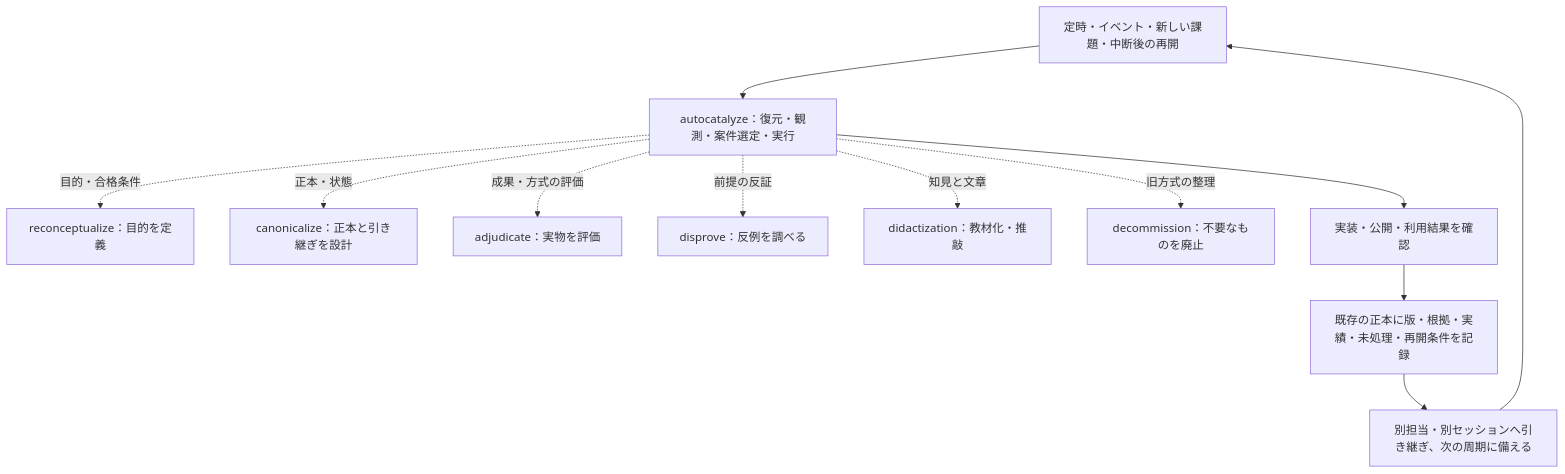
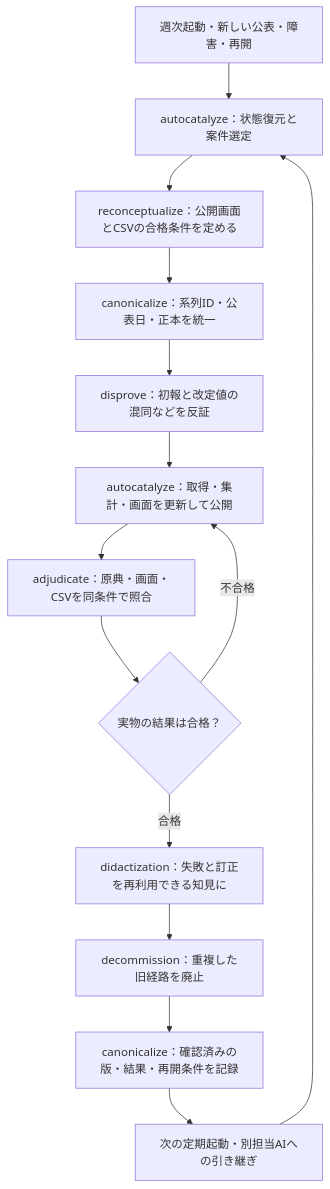
The diagram in README.md (KAFKA2306/kafstyler), drawn with Mermaid before and after one commit. The commit also changed other lines of this file and 2 other files, not shown here.

````diff
--- a/README.md
+++ b/README.md
@@ -105,14 +108,16 @@
 ```mermaid
 flowchart TD
-    event["定時・イベント・新しい課題・中断後の再開"] --> run["autocatalyze：復元・観測・案件選定・実行"]
-    run -.->|目的・合格条件| goal["reconceptualize：目的を定義"]
-    run -.->|正本・状態| canon["canonicalize：正本と引き継ぎを設計"]
-    run -.->|成果・方式の評価| judge["adjudicate：実物を評価"]
-    run -.->|前提の反証| proof["disprove：反例を調べる"]
-    run -.->|知見と文章| edit["didactization：教材化・推敲"]
-    run -.->|旧方式の整理| retire["decommission：不要なものを廃止"]
-    run --> actual["実装・公開・利用結果を確認"]
-    actual --> state["既存の正本に版・根拠・実績・未処理・再開条件を記録"]
-    state --> handoff["別担当・別セッションへ引き継ぎ、次の周期に備える"]
-    handoff --> event
+    trigger["週次起動・新しい公表・障害・再開"] --> auto["autocatalyze：状態復元と案件選定"]
+    auto --> goal["reconceptualize：公開画面とCSVの合格条件を定める"]
+    goal --> canon["canonicalize：系列ID・公表日・正本を統一"]
+    canon --> proof["disprove：初報と改定値の混同などを反証"]
+    proof --> build["autocatalyze：取得・集計・画面を更新して公開"]
+    build --> judge["adjudicate：原典・画面・CSVを同条件で照合"]
+    judge --> decision{"実物の結果は合格？"}
+    decision -->|不合格| build
+    decision -->|合格| learn["didactization：失敗と訂正を再利用できる知見に"]
+    learn --> retire["decommission：重複した旧経路を廃止"]
+    retire --> record["canonicalize：確認済みの版・結果・再開条件を記録"]
+    record --> next["次の定期起動・別担当AIへの引き継ぎ"]
+    next --> auto
 ```
````
